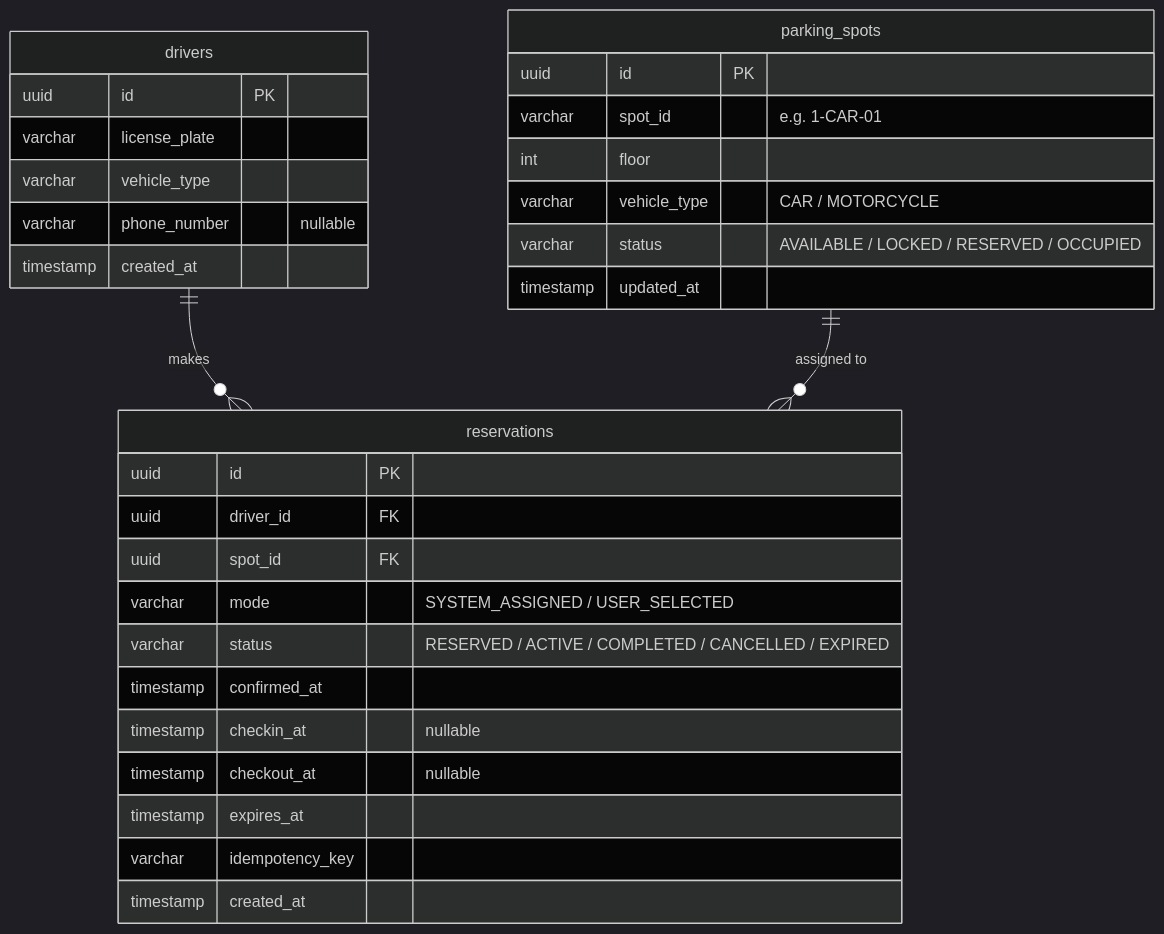
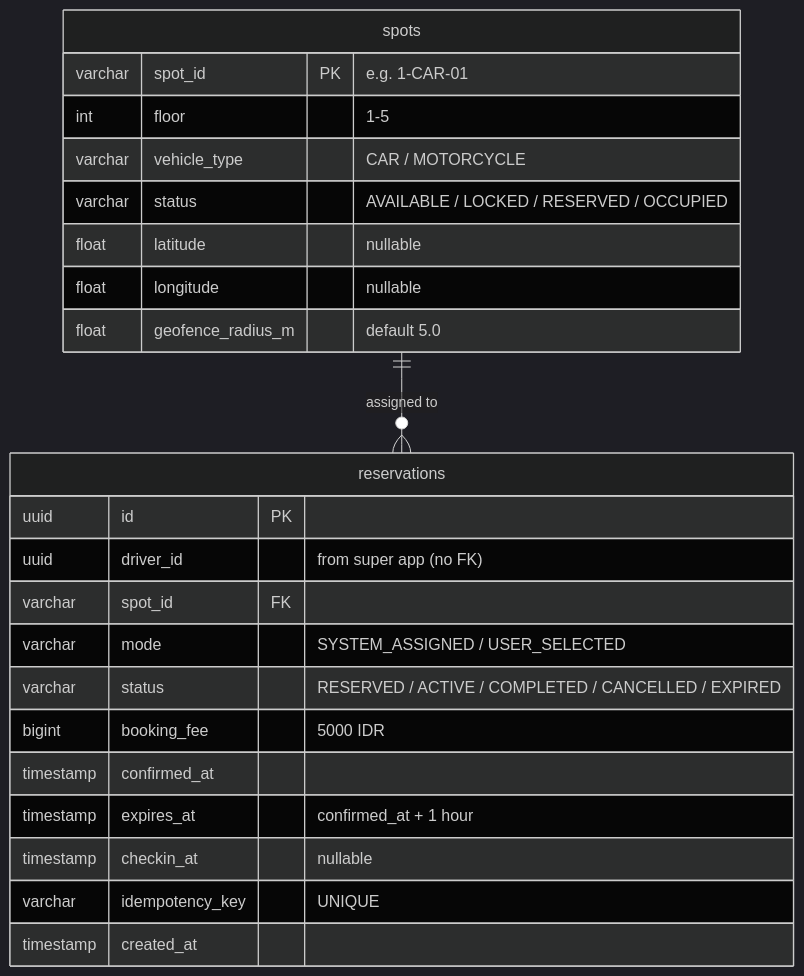
Diagram 20 of 23 in README.md (ParkirPintar/parkir-pintar-backend), drawn with Mermaid (dark theme) before and after one commit. The commit also changed other lines of this file and 42 other files, not shown here.

````diff
--- a/README.md
+++ b/README.md
@@ -1552,36 +1383,28 @@
 ```mermaid
 erDiagram
-    drivers {
-        uuid id PK
-        varchar license_plate
-        varchar vehicle_type
-        varchar phone_number "nullable"
-        timestamp created_at
-    }
-
-    parking_spots {
-        uuid id PK
-        varchar spot_id "e.g. 1-CAR-01"
-        int floor
+    spots {
+        varchar spot_id PK "e.g. 1-CAR-01"
+        int floor "1-5"
         varchar vehicle_type "CAR / MOTORCYCLE"
         varchar status "AVAILABLE / LOCKED / RESERVED / OCCUPIED"
-        timestamp updated_at
+        float latitude "nullable"
+        float longitude "nullable"
+        float geofence_radius_m "default 5.0"
     }
 
     reservations {
         uuid id PK
-        uuid driver_id FK
-        uuid spot_id FK
+        uuid driver_id "from super app (no FK)"
+        varchar spot_id FK
         varchar mode "SYSTEM_ASSIGNED / USER_SELECTED"
         varchar status "RESERVED / ACTIVE / COMPLETED / CANCELLED / EXPIRED"
+        bigint booking_fee "5000 IDR"
         timestamp confirmed_at
+        timestamp expires_at "confirmed_at + 1 hour"
         timestamp checkin_at "nullable"
-        timestamp checkout_at "nullable"
-        timestamp expires_at
-        varchar idempotency_key
+        varchar idempotency_key "UNIQUE"
         timestamp created_at
     }
 
-    drivers ||--o{ reservations : "makes"
-    parking_spots ||--o{ reservations : "assigned to"
+    spots ||--o{ reservations : "assigned to"
 ```
````
